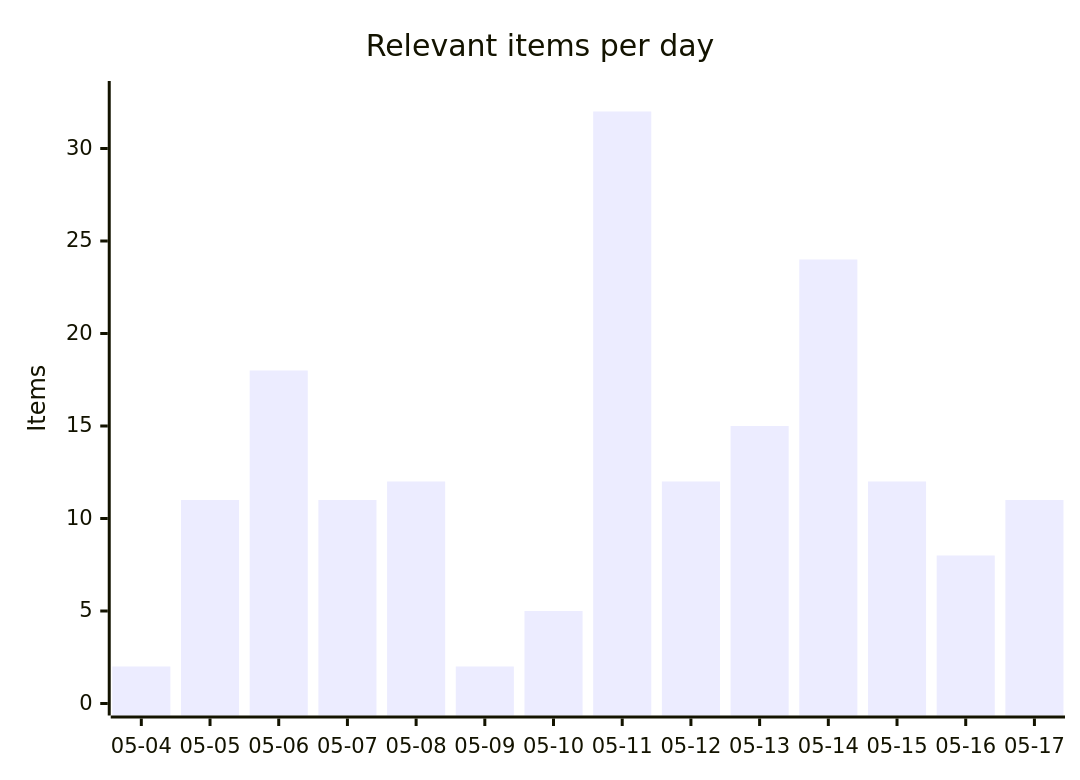
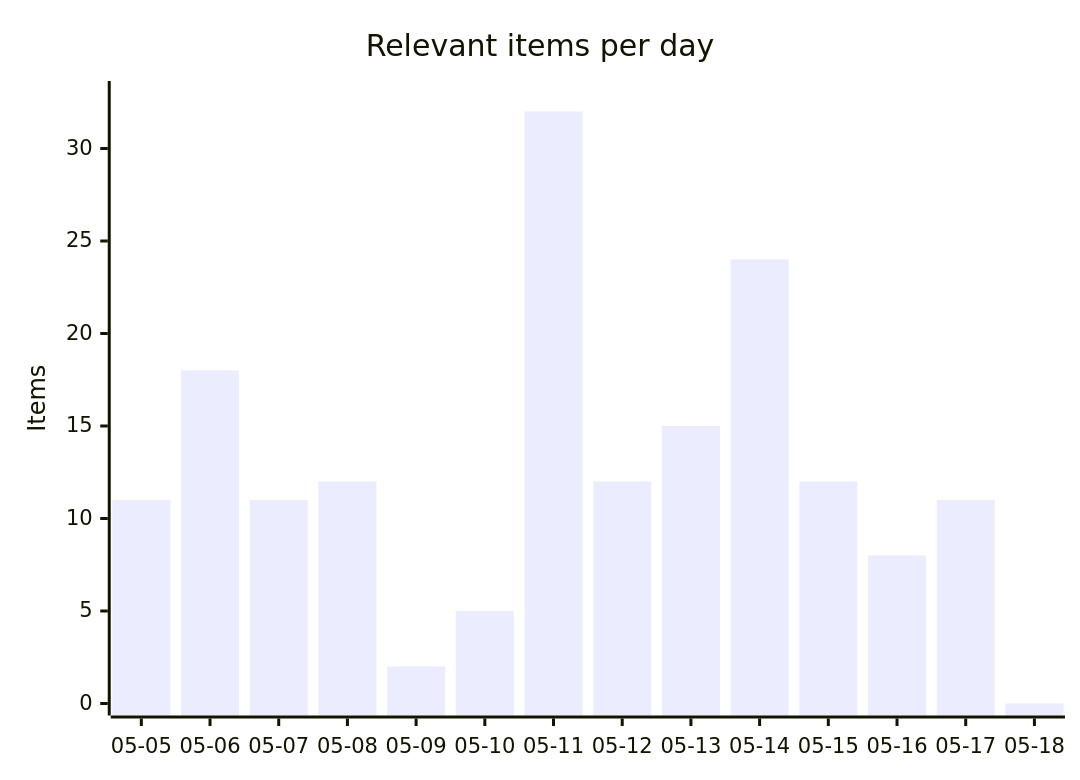
Before and after one commit to martinbalfanz/social-scanner-reports: the first of 4 diagrams in README.md, drawn with Mermaid. The commit also changed other lines of this file and 2 other files, not shown here.

Commit message:
Update reports through 2026-05-18

````diff
--- a/README.md
+++ b/README.md
@@ -30,7 +30,7 @@
 ```mermaid
 xychart-beta
     title "Relevant items per day"
-    x-axis ["05-04", "05-05", "05-06", "05-07", "05-08", "05-09", "05-10", "05-11", "05-12", "05-13", "05-14", "05-15", "05-16", "05-17"]
+    x-axis ["05-05", "05-06", "05-07", "05-08", "05-09", "05-10", "05-11", "05-12", "05-13", "05-14", "05-15", "05-16", "05-17", "05-18"]
     y-axis "Items" 0 --> 33
-    bar [2, 11, 18, 11, 12, 2, 5, 32, 12, 15, 24, 12, 8, 11]
+    bar [11, 18, 11, 12, 2, 5, 32, 12, 15, 24, 12, 8, 11, 0]
 ```
````
